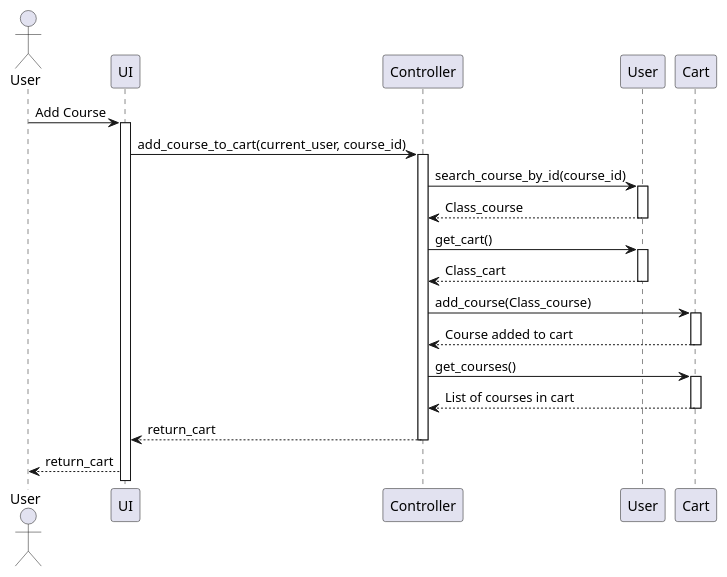
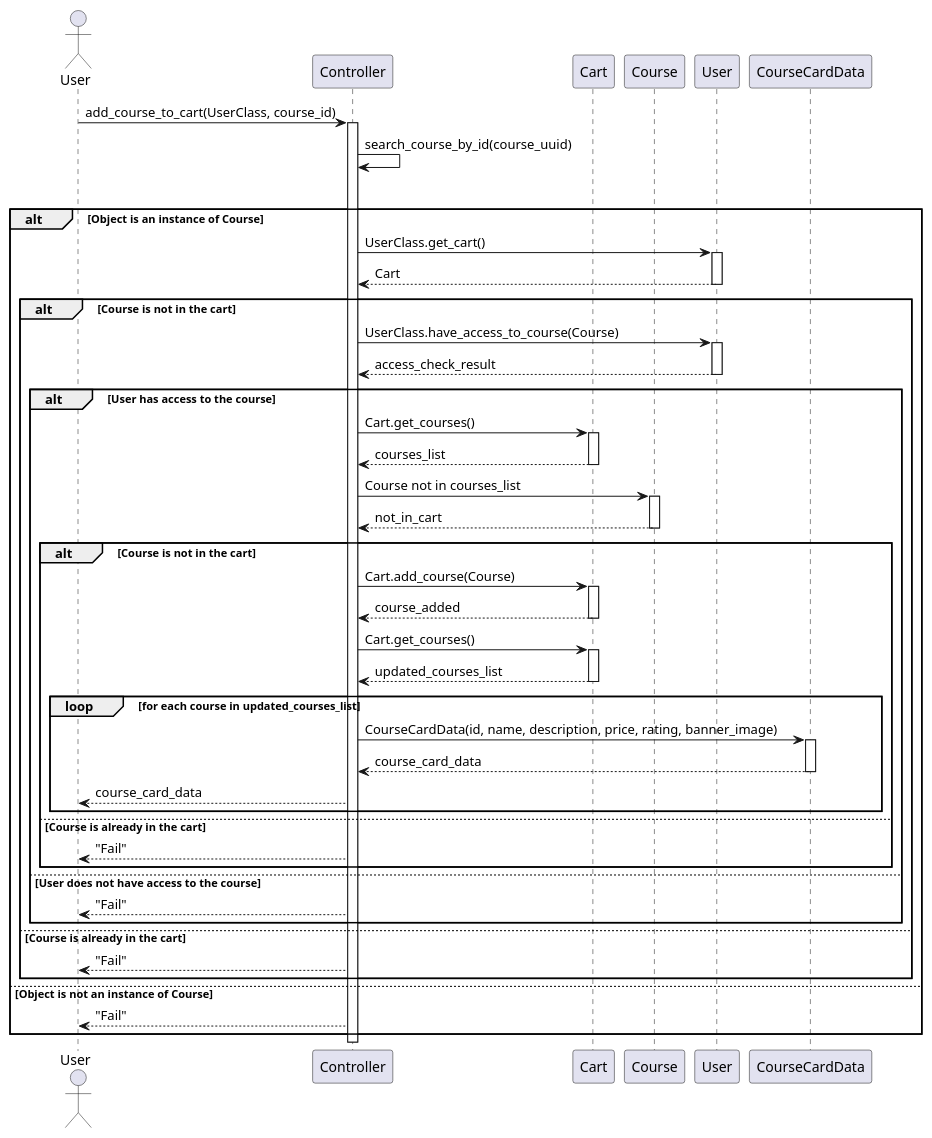
One commit to KMITLSuicide/KMITL-ObjectOrientedProgramming-Project changed the diagram in diagrams/plantuml/cart(add_course_to_cart).puml. Above: the diagram before and after it, drawn with PlantUML. The commit also changed 16 other files, not shown here.

```diff
--- a/diagrams/plantuml/cart(add_course_to_cart).puml
+++ b/diagrams/plantuml/cart(add_course_to_cart).puml
@@ -1,36 +1,70 @@
-@startuml Add Course To Cart
-actor "User" as UserActor
+@startuml
 
-participant "UI" as Server
+actor User
 participant Controller
+participant Cart
+participant Course
 participant "User" as UserClass
-participant Cart
 
+User -> Controller: add_course_to_cart(UserClass, course_id)
+activate Controller
 
-UserActor -> Server: Add Course
-activate Server
+Controller -> Controller: search_course_by_id(course_uuid)
 
-Server -> Controller: add_course_to_cart(current_user, course_id)
-activate Controller
-Controller -> UserClass: search_course_by_id(course_id)
-activate UserClass
-UserClass --> Controller: Class_course
-deactivate UserClass
-Controller -> UserClass: get_cart()
-activate UserClass
-UserClass --> Controller: Class_cart
-deactivate UserClass
-Controller -> Cart: add_course(Class_course)
-activate Cart
-Cart --> Controller: Course added to cart
-deactivate Cart
-Controller -> Cart: get_courses()
-activate Cart
-Cart --> Controller: List of courses in cart
-deactivate Cart
-Controller --> Server: return_cart
-deactivate Controller
+alt Course found
+    alt Object is an instance of Course
+        Controller -> UserClass: UserClass.get_cart()
+        activate UserClass
+        UserClass --> Controller: Cart
+        deactivate UserClass
 
-Server --> UserActor : return_cart
+        alt Course is not in the cart
+            Controller -> UserClass: UserClass.have_access_to_course(Course)
+            activate UserClass
+            UserClass --> Controller: access_check_result
+            deactivate UserClass
+
+            alt User has access to the course
+                Controller -> Cart: Cart.get_courses()
+                activate Cart
+                Cart --> Controller: courses_list
+                deactivate Cart
+
+                Controller -> Course: Course not in courses_list
+                activate Course
+                Course --> Controller: not_in_cart
+                deactivate Course
+
+                alt Course is not in the cart
+                    Controller -> Cart: Cart.add_course(Course)
+                    activate Cart
+                    Cart --> Controller: course_added
+                    deactivate Cart
+
+                    Controller -> Cart: Cart.get_courses()
+                    activate Cart
+                    Cart --> Controller: updated_courses_list
+                    deactivate Cart
+
+                    loop for each course in updated_courses_list
+                        Controller -> CourseCardData: CourseCardData(id, name, description, price, rating, banner_image)
+                        activate CourseCardData
+                        CourseCardData --> Controller: course_card_data
+                        deactivate CourseCardData
+
+                        Controller --> User: course_card_data
+                    end
+                else Course is already in the cart
+                    Controller --> User: "Fail"
+                end
+            else User does not have access to the course
+                Controller --> User: "Fail"
+            end
+        else Course is already in the cart
+            Controller --> User: "Fail"
+        end
+    else Object is not an instance of Course
+        Controller --> User: "Fail"
+    end
 
 @enduml
```
